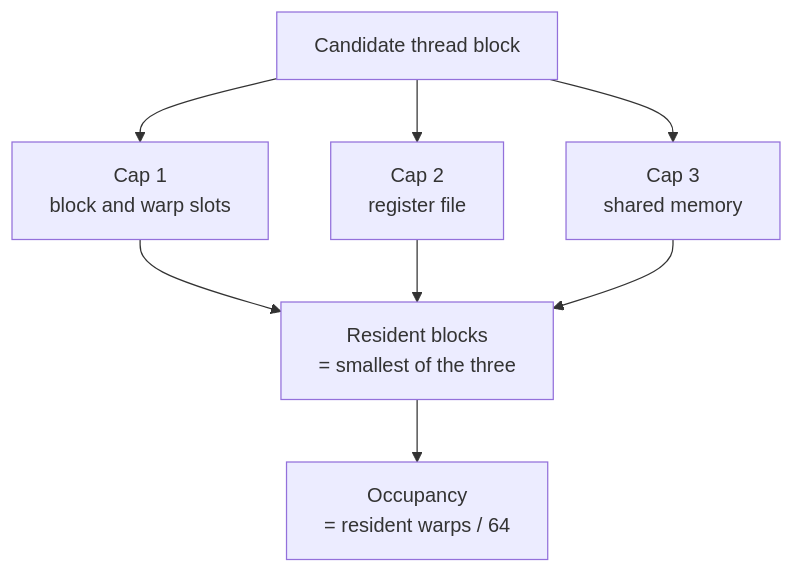
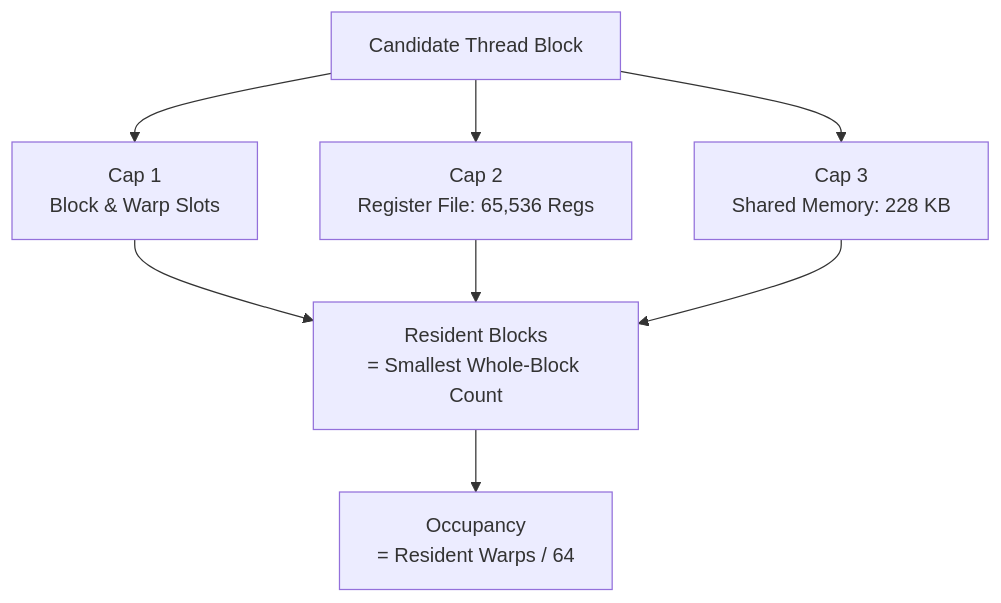
Before and after one commit to jithinpnjm/ai-infra-handbook: the fourth of 5 diagrams in docs/part-10-gpu-cuda/02-the-execution-model-threads-warps-blocks-and-sms.md, drawn with Mermaid. The commit also changed other lines of this file and 503 other files, not shown here.

````diff
--- a/docs/part-10-gpu-cuda/02-the-execution-model-threads-warps-blocks-and-sms.md
+++ b/docs/part-10-gpu-cuda/02-the-execution-model-threads-warps-blocks-and-sms.md
@@ -264,10 +271,10 @@
 ```mermaid
 flowchart TD
-  Cand["Candidate thread block"] --> C1["Cap 1<br/>block and warp slots"]
-  Cand --> C2["Cap 2<br/>register file"]
-  Cand --> C3["Cap 3<br/>shared memory"]
-  C1 --> Min["Resident blocks<br/>= smallest of the three"]
+  Cand["Candidate Thread Block"] --> C1["Cap 1<br/>Block & Warp Slots"]
+  Cand --> C2["Cap 2<br/>Register File: 65,536 Regs"]
+  Cand --> C3["Cap 3<br/>Shared Memory: 228 KB"]
+  C1 --> Min["Resident Blocks<br/>= Smallest Whole-Block Count"]
   C2 --> Min
   C3 --> Min
-  Min --> Occ["Occupancy<br/>= resident warps / 64"]
+  Min --> Occ["Occupancy<br/>= Resident Warps / 64"]
 ```
````
